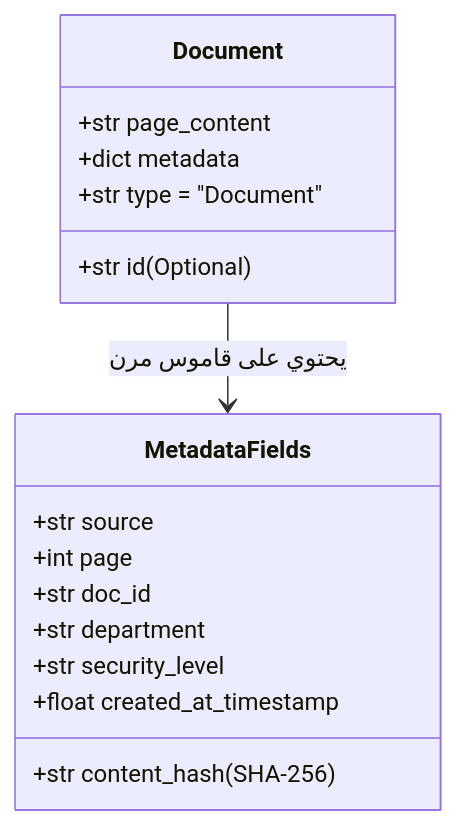
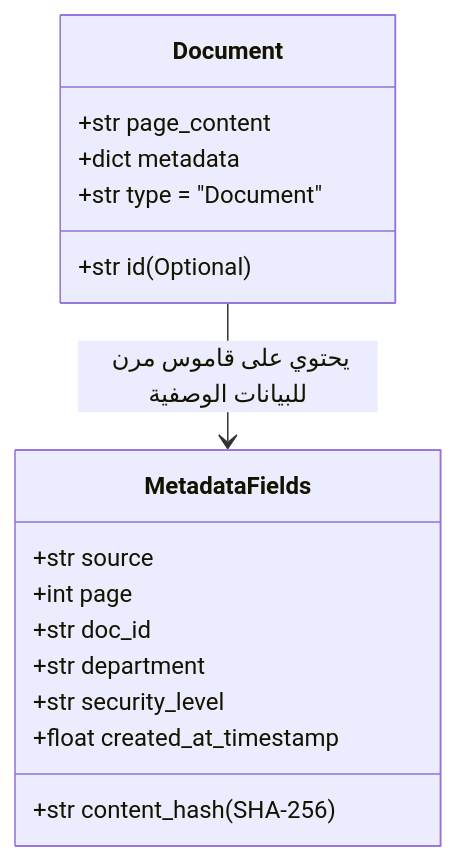
One commit to ali-abofouda/RAG-Mastery changed the diagram in docs/01-ingestion/02-document-structure.md. Above: the diagram before and after it, drawn with Mermaid. The commit also changed other lines of this file and 10 other files, not shown here.

````diff
--- a/docs/01-ingestion/02-document-structure.md
+++ b/docs/01-ingestion/02-document-structure.md
@@ -11,19 +12,19 @@
 ```mermaid
 classDiagram
     class Document {
         +str page_content
         +dict metadata
         +str id (Optional)
         +str type = "Document"
     }
     class MetadataFields {
         +str source
         +int page
         +str doc_id
         +str department
         +str security_level
         +float created_at_timestamp
         +str content_hash (SHA-256)
     }
-    Document --> MetadataFields : يحتوي على قاموس مرن
+    Document --> MetadataFields : يحتوي على قاموس مرن للبيانات الوصفية
 ```
````
